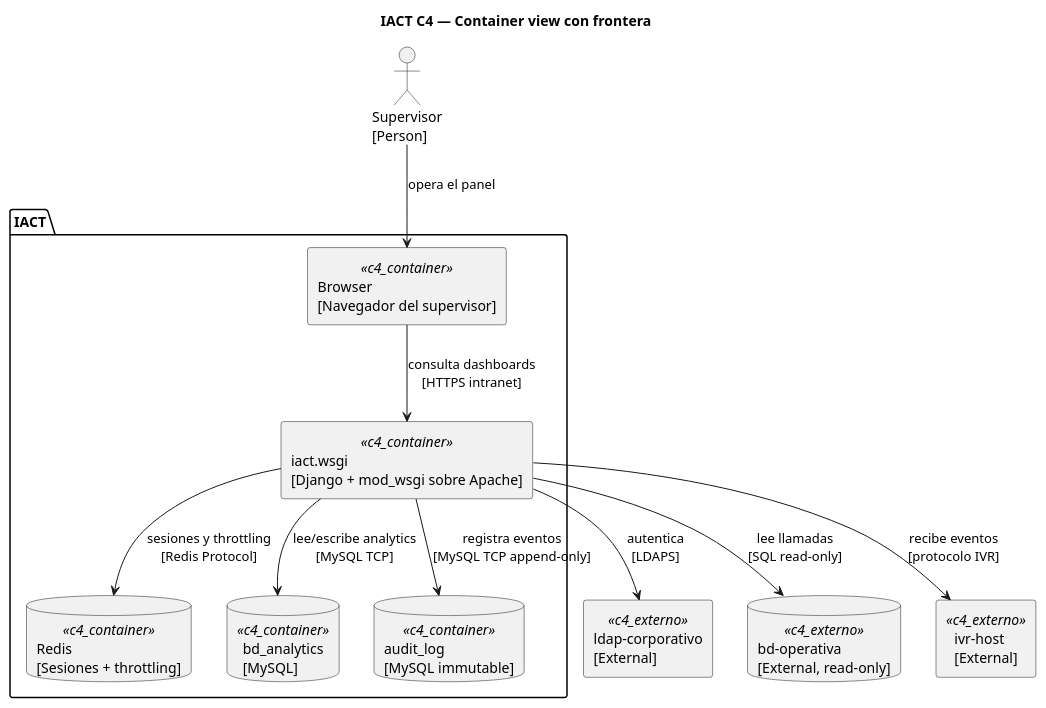
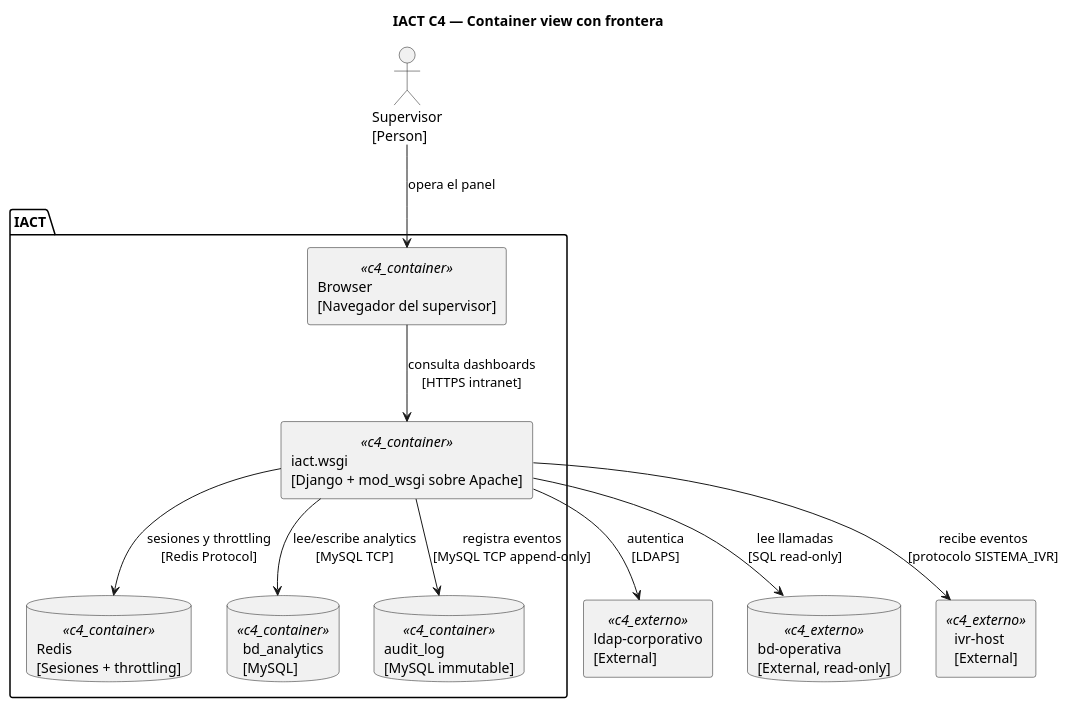
The diagram in source/requisitos/_metodologia-aplicacion/diagramas-distribucion/aplicacion-a-iact-container-view-con-frontera.rst (jcg-admin/IACT-docs), drawn with PlantUML before and after one commit. The commit also changed 99 other files, not shown here.

First line of the commit message:
Fix ABREV_CORTA aliases in PlantUML blocks (97 files)

```diff
--- a/source/requisitos/_metodologia-aplicacion/diagramas-distribucion/aplicacion-a-iact-container-view-con-frontera.rst
+++ b/source/requisitos/_metodologia-aplicacion/diagramas-distribucion/aplicacion-a-iact-container-view-con-frontera.rst
@@ -4,28 +4,28 @@
 .. uml::
 
    @startuml
    title IACT C4 — Container view con frontera
 
    actor "Supervisor\n[Person]" as Supervisor
 
    package "IACT" {
      rectangle "Browser\n[Navegador del supervisor]" as Browser <<c4_container>>
-     rectangle "iact.wsgi\n[Django + mod_wsgi sobre Apache]" as WSGI <<c4_container>>
+     rectangle "iact.wsgi\n[Django + mod_wsgi sobre Apache]" as SERVIDOR_WSGI <<c4_container>>
      database "Redis\n[Sesiones + throttling]" as Redis <<c4_container>>
-     database "bd_analytics\n[MySQL]" as BDA <<c4_container>>
+     database "bd_analytics\n[MySQL]" as BD_ANALYTICS <<c4_container>>
      database "audit_log\n[MySQL immutable]" as Audit <<c4_container>>
    }
 
-   rectangle "ldap-corporativo\n[External]" as LDAP <<c4_externo>>
-   database "bd-operativa\n[External, read-only]" as BDO <<c4_externo>>
-   rectangle "ivr-host\n[External]" as IVR <<c4_externo>>
+   rectangle "ldap-corporativo\n[External]" as LDAP_CORPORATIVO <<c4_externo>>
+   database "bd-operativa\n[External, read-only]" as BD_OPERATIVA <<c4_externo>>
+   rectangle "ivr-host\n[External]" as SISTEMA_IVR <<c4_externo>>
 
    Supervisor --> Browser : opera el panel
-   Browser --> WSGI : consulta dashboards\n[HTTPS intranet]
-   WSGI --> Redis : sesiones y throttling\n[Redis Protocol]
-   WSGI --> BDA : lee/escribe analytics\n[MySQL TCP]
-   WSGI --> Audit : registra eventos\n[MySQL TCP append-only]
-   WSGI --> LDAP : autentica\n[LDAPS]
-   WSGI --> BDO : lee llamadas\n[SQL read-only]
-   WSGI --> IVR : recibe eventos\n[protocolo IVR]
+   Browser --> SERVIDOR_WSGI : consulta dashboards\n[HTTPS intranet]
+   SERVIDOR_WSGI --> Redis : sesiones y throttling\n[Redis Protocol]
+   SERVIDOR_WSGI --> BD_ANALYTICS : lee/escribe analytics\n[MySQL TCP]
+   SERVIDOR_WSGI --> Audit : registra eventos\n[MySQL TCP append-only]
+   SERVIDOR_WSGI --> LDAP_CORPORATIVO : autentica\n[LDAPS]
+   SERVIDOR_WSGI --> BD_OPERATIVA : lee llamadas\n[SQL read-only]
+   SERVIDOR_WSGI --> SISTEMA_IVR : recibe eventos\n[protocolo SISTEMA_IVR]
    @enduml
```
